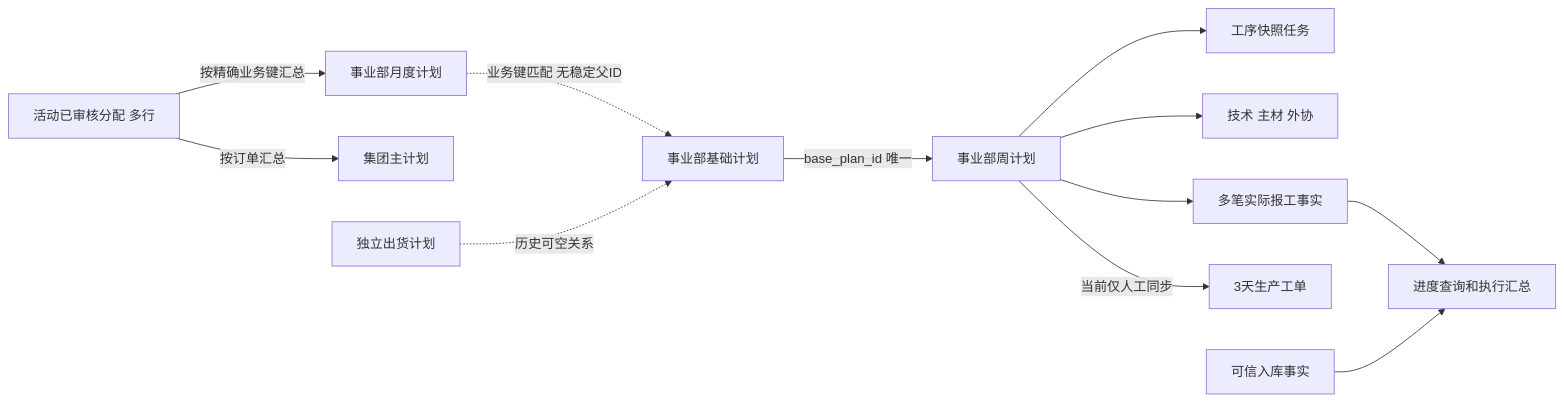
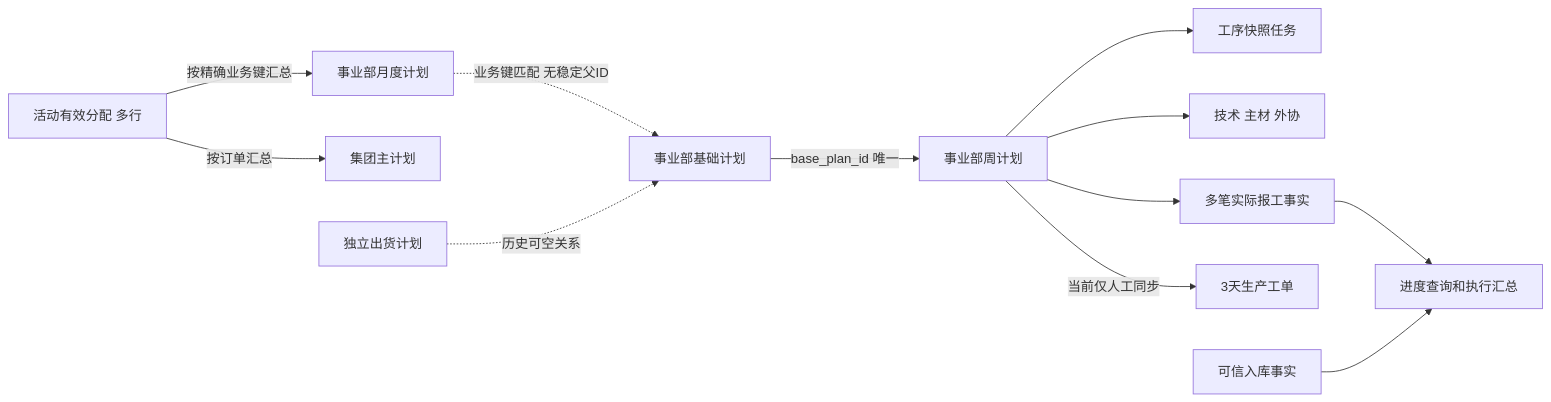
One commit to cwjcw/company_digital changed the first of 2 diagrams in docs/operations/MPS_UPSTREAM_DOWNSTREAM_LINKAGE_DESIGN.md. Above: the diagram before and after it, drawn with Mermaid. The commit also changed other lines of this file and 13 other files, not shown here.

````diff
--- a/docs/operations/MPS_UPSTREAM_DOWNSTREAM_LINKAGE_DESIGN.md
+++ b/docs/operations/MPS_UPSTREAM_DOWNSTREAM_LINKAGE_DESIGN.md
@@ -70,14 +70,14 @@
 ```mermaid
 flowchart LR
-  A[活动已审核分配 多行] -->|按精确业务键汇总| M[事业部月度计划]
+  A[活动有效分配 多行] -->|按精确业务键汇总| M[事业部月度计划]
   A -->|按订单汇总| G[集团主计划]
   M -.->|业务键匹配 无稳定父ID| B[事业部基础计划]
   S[独立出货计划] -.->|历史可空关系| B
   B -->|base_plan_id 唯一| W[事业部周计划]
   W --> P[工序快照任务]
   W --> E[技术 主材 外协]
   W --> R[多笔实际报工事实]
   W -->|当前仅人工同步| O[3天生产工单]
   R --> Q[进度查询和执行汇总]
   I[可信入库事实] --> Q
 ```
````
